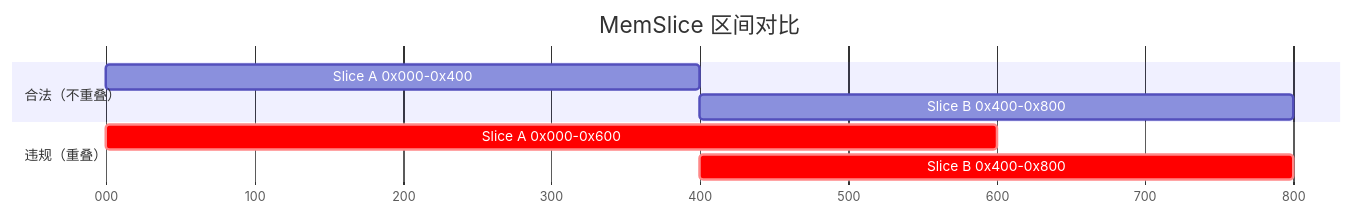
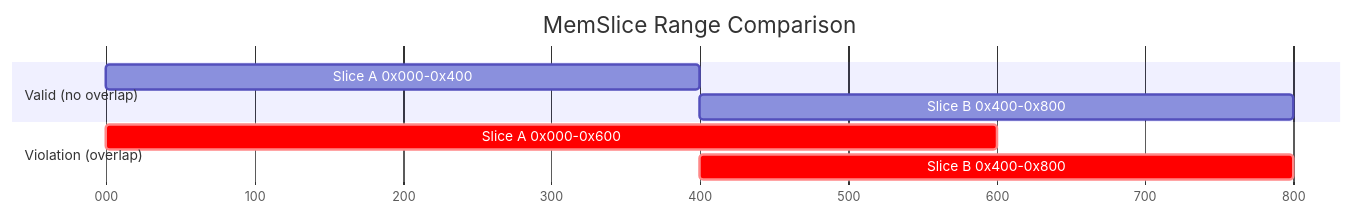
Before and after one commit to Atlas-Ascend-Fork/hcomm: the fifth of 19 diagrams in test/hccl_vm/docs/checker_quick_intro_en.md, drawn with Mermaid. The commit also changed other lines of this file and 73 other files, not shown here.

````diff
--- a/test/hccl_vm/docs/checker_quick_intro_en.md
+++ b/test/hccl_vm/docs/checker_quick_intro_en.md
@@ -213,15 +213,15 @@
     ```mermaid
     gantt
-        title MemSlice 区间对比
+        title MemSlice Range Comparison
         dateFormat x
         axisFormat %L
         tickInterval 100millisecond
 
-        section 合法（不重叠）
+        section Valid (no overlap)
         Slice A  0x000-0x400 : 0, 400
         Slice B  0x400-0x800 : 400, 800
 
-        section 违规（重叠）
+        section Violation (overlap)
         Slice A  0x000-0x600 : crit, 0, 600
         Slice B  0x400-0x800 : crit, 400, 800
     ```
````
